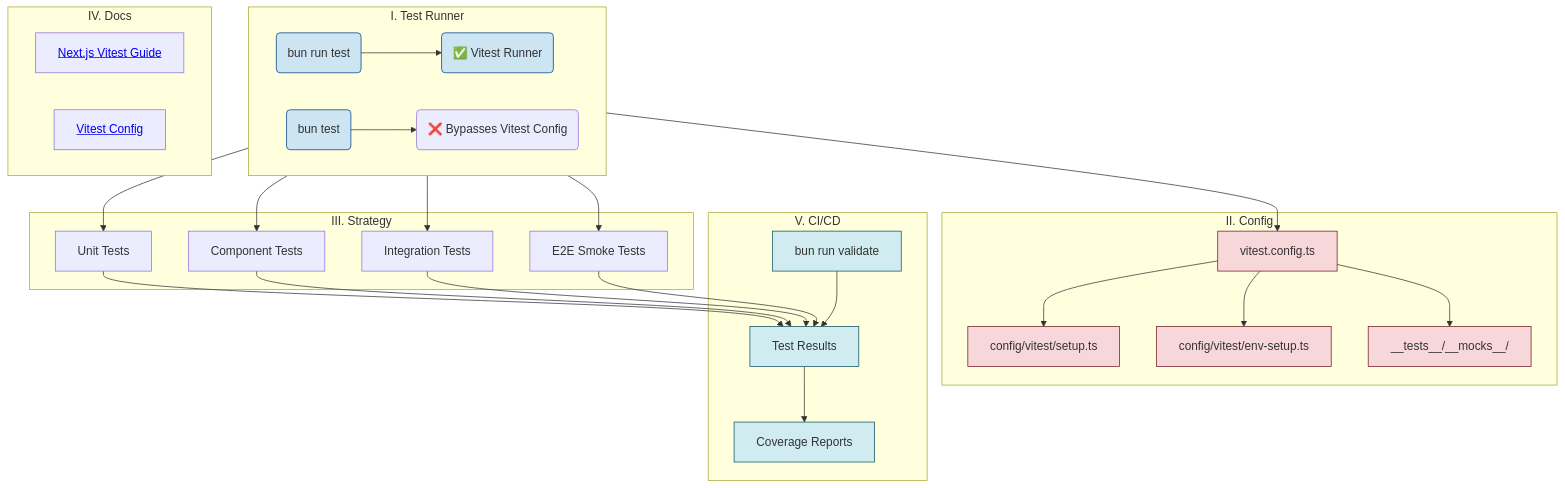
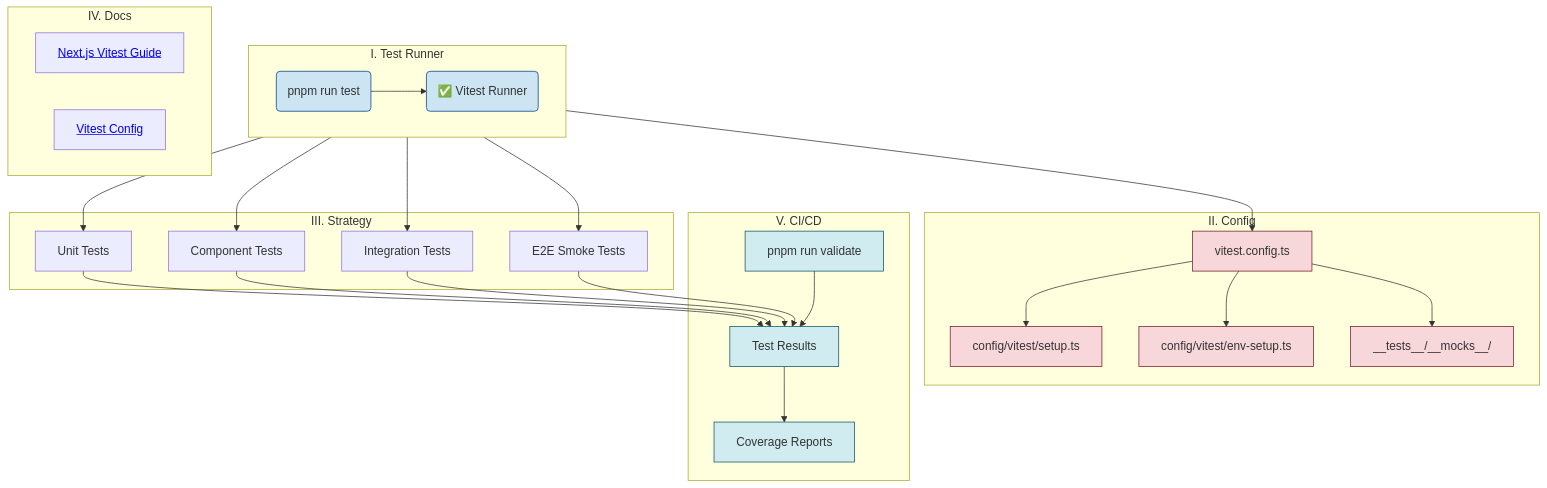
One commit to WilliamAGH/williamcallahan.com changed the diagram in docs/standards/testing.mmd. Above: the diagram before and after it, drawn with Mermaid. The commit also changed 66 other files, not shown here.

First line of the commit message:
build: move from bun 1.3.2 to pnpm 12.3.4 on Node 24.18.0

```diff
--- a/docs/standards/testing.mmd
+++ b/docs/standards/testing.mmd
@@ -1,58 +1,57 @@
 graph TD
     subgraph "I. Test Runner"
         direction LR
-        A1(bun run test) --> A2(✅ Vitest Runner)
-        A3(bun test) --> A4(❌ Bypasses Vitest Config)
+        A1(pnpm run test) --> A2(✅ Vitest Runner)
     end
 
     subgraph "II. Config"
         B1[vitest.config.ts]
         B2[config/vitest/setup.ts]
         B3[config/vitest/env-setup.ts]
         B4[__tests__/__mocks__/]
     end
 
     subgraph "III. Strategy"
         C1[Unit Tests]
         C2[Component Tests]
         C3[Integration Tests]
         C4[E2E Smoke Tests]
     end
 
     subgraph "IV. Docs"
         D1[<a href='https://nextjs.org/docs/app/guides/testing/vitest'>Next.js Vitest Guide</a>]
         D2[<a href='https://vitest.dev/config/'>Vitest Config</a>]
     end
 
     subgraph "V. CI/CD"
-        E1[bun run validate]
+        E1[pnpm run validate]
         E2[Test Results]
         E3[Coverage Reports]
     end
 
     A1 --> B1
     B1 --> B2
     B1 --> B3
     B1 --> B4
 
     A2 --> C1
     A2 --> C2
     A2 --> C3
     A2 --> C4
 
     C1 --> E2
     C2 --> E2
     C3 --> E2
     C4 --> E2
 
     E2 --> E3
     E1 --> E2
 
     classDef runner fill:#cde4f2,stroke:#004085
     class A1,A2,A3 runner
 
     classDef config fill:#f8d7da,stroke:#721c24
     class B1,B2,B3,B4 config
 
     classDef ci fill:#d1ecf1,stroke:#0c5460
     class E1,E2,E3 ci
```
